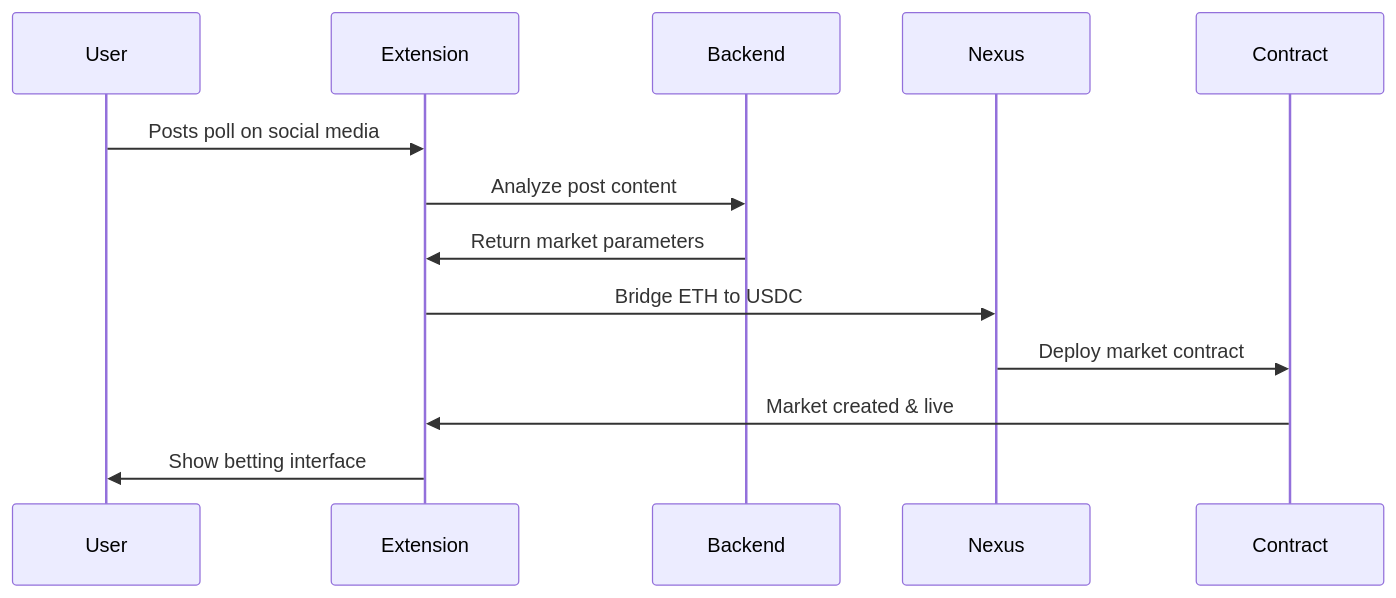
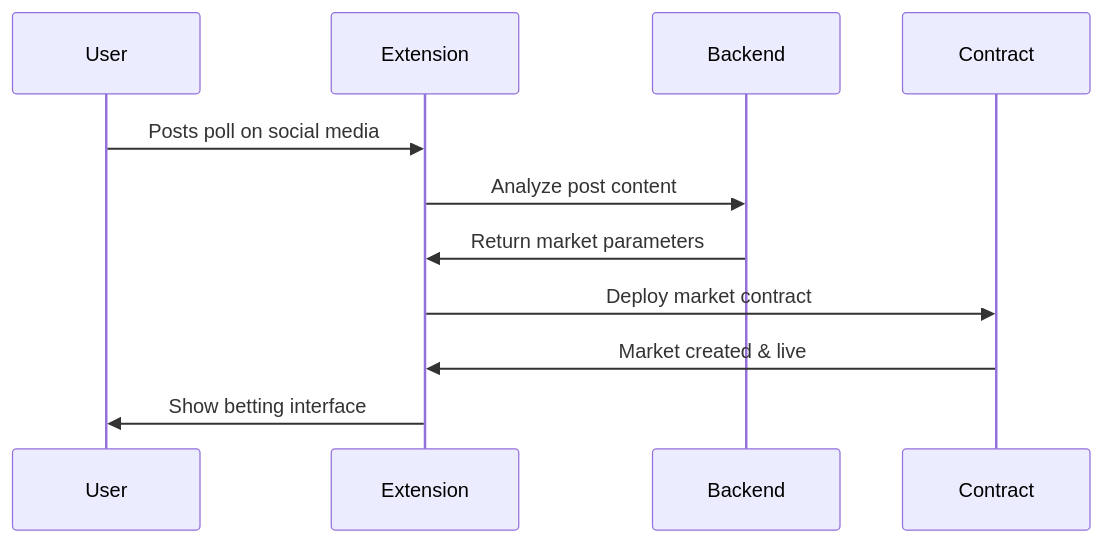
The second of 4 diagrams in README.md (Aman035/POP), drawn with Mermaid before and after one commit. The commit also changed other lines of this file and 52 other files, not shown here.

````diff
--- a/README.md
+++ b/README.md
@@ -171,16 +106,14 @@
 ```mermaid
 sequenceDiagram
     participant U as User
     participant E as Extension
     participant B as Backend
-    participant N as Nexus
     participant C as Contract
 
     U->>E: Posts poll on social media
     E->>B: Analyze post content
     B->>E: Return market parameters
-    E->>N: Bridge ETH to USDC
-    N->>C: Deploy market contract
+    E->>C: Deploy market contract
     C->>E: Market created & live
     E->>U: Show betting interface
 ```
````
